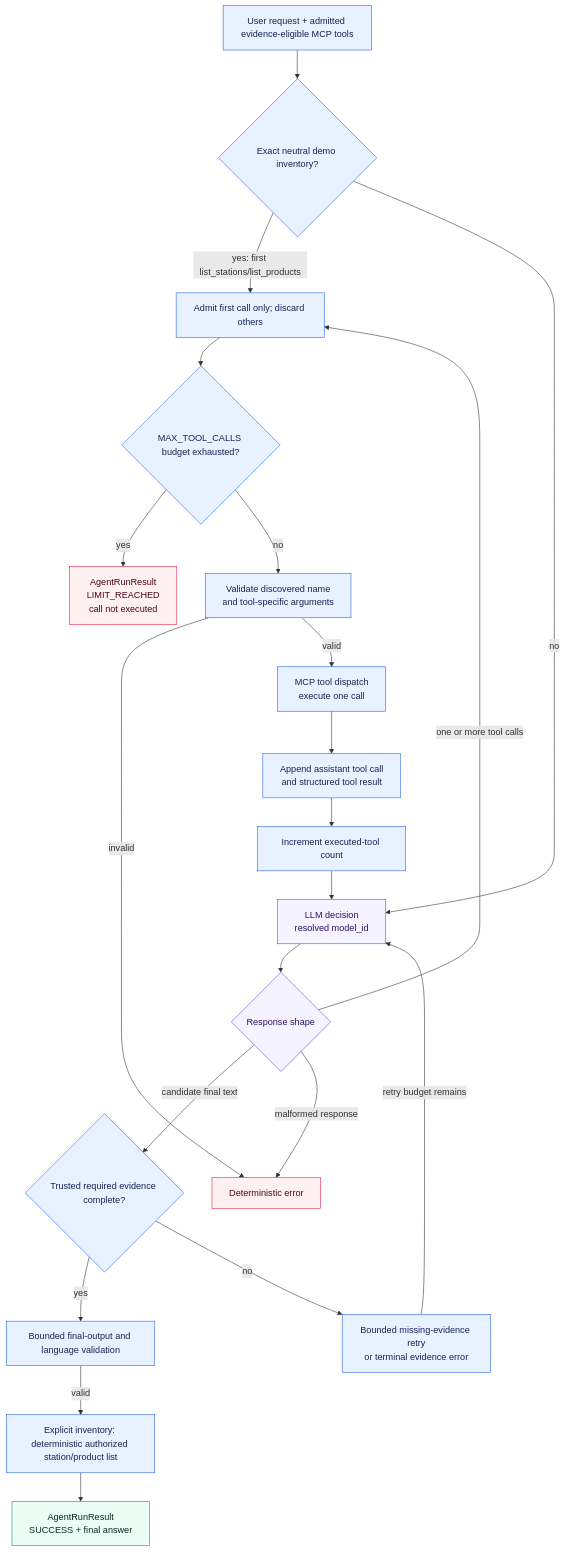
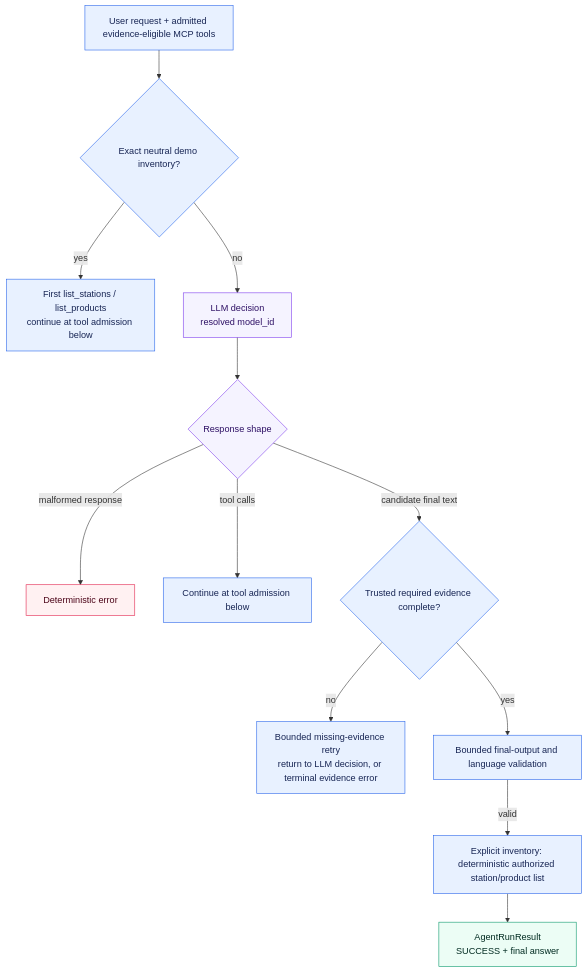
One commit to aboerzel/industrial-ai-agent changed diagram 14 of 27 in docs/architecture/overview.md. Above: the diagram before and after it, drawn with Mermaid. The commit also changed other lines of this file, not shown here.

Commit message:
docs: improve architecture diagram readability

````diff
--- a/docs/architecture/overview.md
+++ b/docs/architecture/overview.md
@@ -921,32 +917,23 @@
 ```mermaid
 flowchart TD
     Start["User request + admitted evidence-eligible MCP tools"] --> Inventory{"Exact neutral demo inventory?"}
-    Inventory -->|"yes: first list_stations/list_products"| Admit
+    Inventory -->|"yes"| First["First list_stations / list_products<br/>continue at tool admission below"]
     Inventory -->|"no"| Decide["LLM decision<br/>resolved model_id"]
     Decide --> Shape{"Response shape"}
+    Shape -->|"malformed response"| Invalid["Deterministic error"]
+    Shape -->|"tool calls"| Admit["Continue at tool admission below"]
     Shape -->|"candidate final text"| Complete{"Trusted required evidence complete?"}
+    Complete -->|"no"| Missing["Bounded missing-evidence retry<br/>return to LLM decision, or terminal evidence error"]
     Complete -->|"yes"| Normalize["Bounded final-output and language validation"]
     Normalize -->|"valid"| Present["Explicit inventory: deterministic authorized station/product list"]
     Present --> Success["AgentRunResult<br/>SUCCESS + final answer"]
-    Complete -->|"no"| Missing["Bounded missing-evidence retry<br/>or terminal evidence error"]
-    Missing -->|"retry budget remains"| Decide
-    Shape -->|"malformed response"| Invalid["Deterministic error"]
-    Shape -->|"one or more tool calls"| Admit["Admit first call only; discard others"]
-    Admit --> Budget{"MAX_TOOL_CALLS budget exhausted?"}
-    Budget -->|"yes"| Limit["AgentRunResult<br/>LIMIT_REACHED<br/>call not executed"]
-    Budget -->|"no"| Validate["Validate discovered name<br/>and tool-specific arguments"]
-    Validate -->|"invalid"| Invalid
-    Validate -->|"valid"| Dispatch["MCP tool dispatch<br/>execute one call"]
-    Dispatch --> Observe["Append assistant tool call<br/>and structured tool result"]
-    Observe --> Count["Increment executed-tool count"]
-    Count --> Decide
 
     classDef llm fill:#f5f3ff,stroke:#7c3aed,color:#2e1065
     classDef deterministic fill:#e8f1ff,stroke:#2563eb,color:#172554
     classDef success fill:#ecfdf5,stroke:#059669,color:#022c22
     classDef failure fill:#fff1f2,stroke:#e11d48,color:#4c0519
     class Decide,Shape llm
-    class Start,Inventory,Admit,Budget,Validate,Dispatch,Observe,Count,Complete,Normalize,Present,Missing deterministic
+    class Start,Inventory,First,Admit,Complete,Normalize,Present,Missing deterministic
     class Success success
-    class Invalid,Limit failure
+    class Invalid failure
 ```
````
